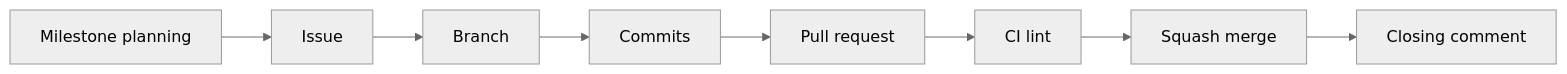
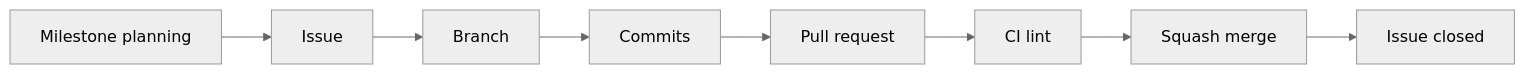
One commit to marin-orejas/homelab changed the diagram in docs/workflow.md. Above: the diagram before and after it, drawn with Mermaid (neutral theme). The commit also changed other lines of this file and 2 other files, not shown here.

````diff
--- a/docs/workflow.md
+++ b/docs/workflow.md
@@ -6,10 +6,10 @@
 ```mermaid
 flowchart LR
     plan[Milestone planning] --> issue[Issue]
     issue --> branch[Branch]
     branch --> commits[Commits]
     commits --> pr[Pull request]
     pr --> lint[CI lint]
     lint --> merge[Squash merge]
-    merge --> close[Closing comment]
+    merge --> close[Issue closed]
 ```
````
